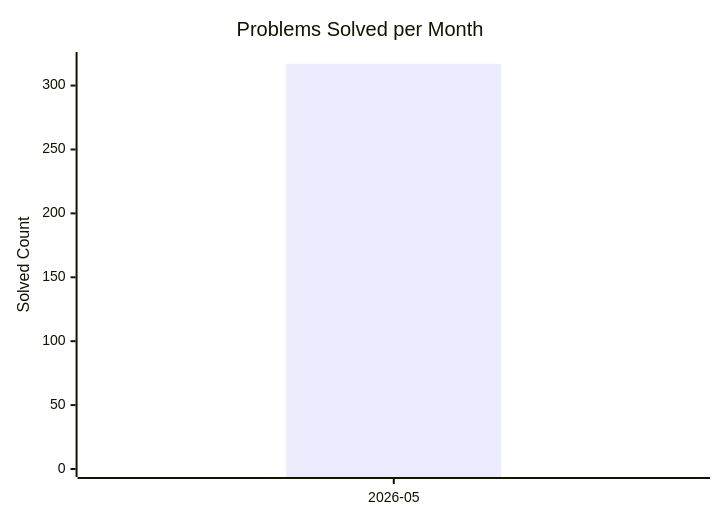
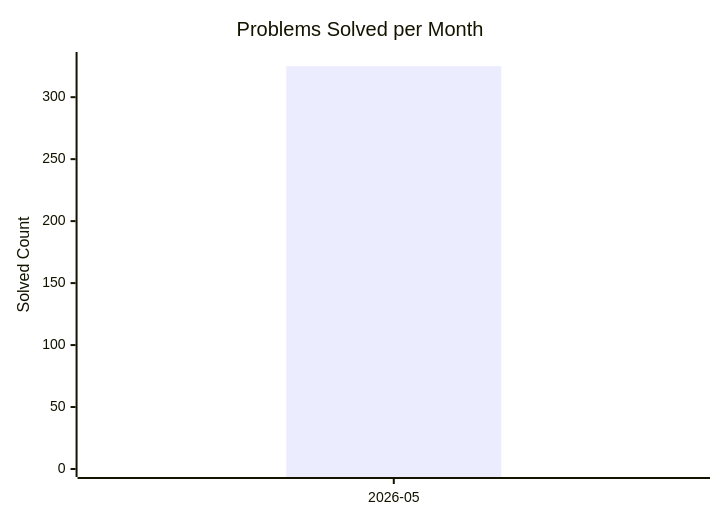
The diagram in dashboard.md (AdityaPandey-DEV/CP-Progress-Sync), drawn with Mermaid before and after one commit. The commit also changed other lines of this file, not shown here.

Commit message:
Auto-update CP dashboard [skip ci]

````diff
--- a/dashboard.md
+++ b/dashboard.md
@@ -8,8 +8,8 @@
 ```mermaid
 xychart-beta
     title "Problems Solved per Month"
     x-axis ["2026-05"]
-    y-axis "Solved Count" 0 --> 320
-    bar [317]
-    line [317]
+    y-axis "Solved Count" 0 --> 330
+    bar [325]
+    line [325]
 ```
````
